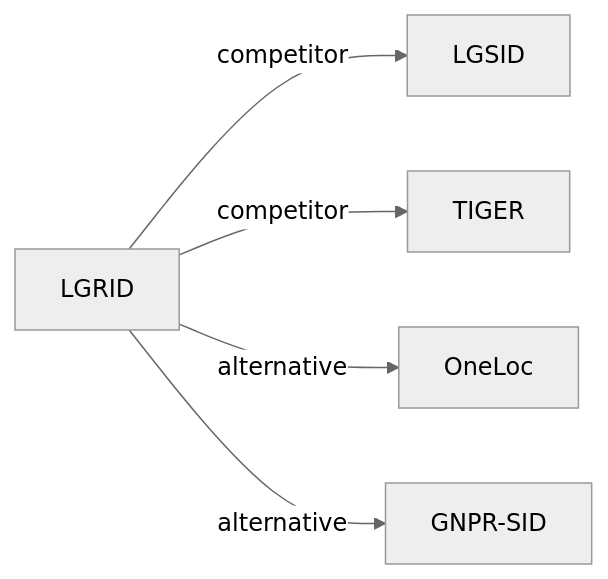
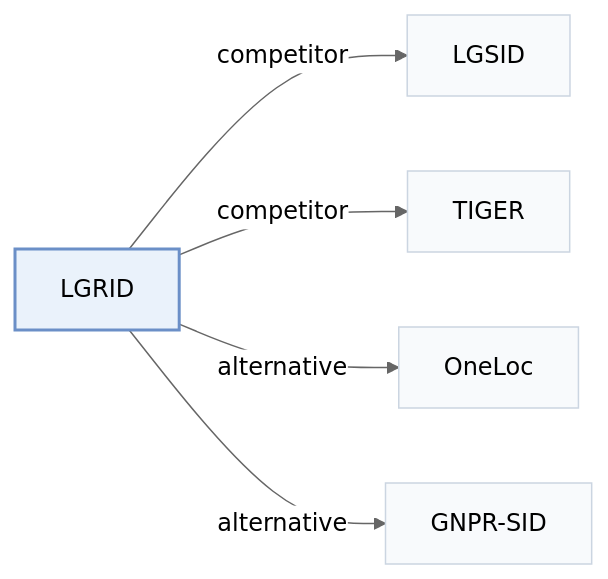
The third of 3 diagrams in pages/papers/lgrid.md (Galaxy-ghost/Awesome-SID-Generative-Rec), drawn with Mermaid (neutral theme) before and after one commit. The commit also changed other lines of this file and 649 other files, not shown here.

Commit message:
writer-05: also tags and modality index (schema, check, build, visuals); summary field removed; calibration data for 12 papers

````diff
--- a/pages/papers/lgrid.md
+++ b/pages/papers/lgrid.md
@@ -125,8 +138,12 @@
 ```mermaid
 flowchart LR
     P["LGRID"]
-    P -->|competitor| A["LGSID"]
-    P -->|competitor| B["TIGER"]
-    P -->|alternative| C["OneLoc"]
-    P -->|alternative| D["GNPR-SID"]
+    P -->|"competitor"| A["LGSID"]
+    P -->|"competitor"| B["TIGER"]
+    P -->|"alternative"| C["OneLoc"]
+    P -->|"alternative"| D["GNPR-SID"]
+    classDef main fill:#eaf2fb,stroke:#6b8fc7,stroke-width:2px
+    classDef peer fill:#f8fafc,stroke:#cbd5e1
+    class P main
+    class A,B,C,D peer
 ```
````
